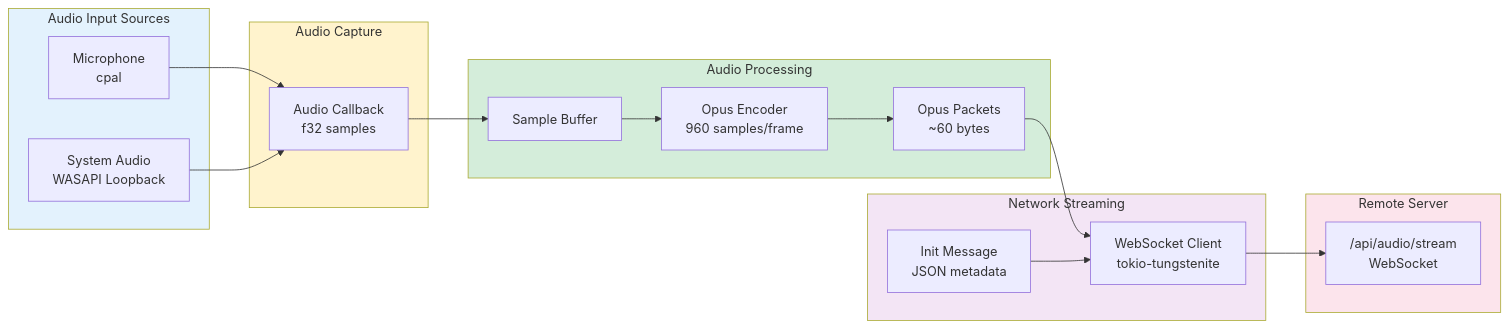
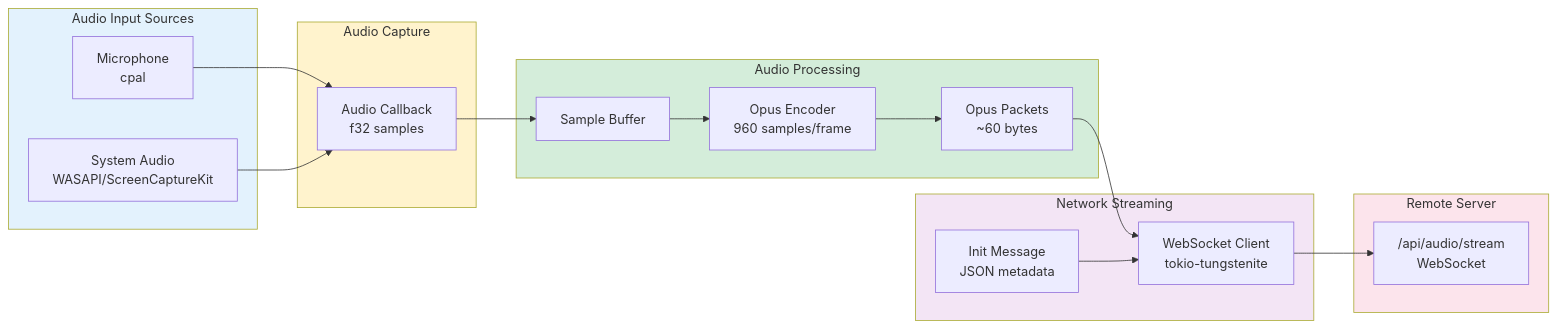
One commit to RekunDzmitry/voice_bird_desktop changed the second of 6 diagrams in DEPENDENCIES.md. Above: the diagram before and after it, drawn with Mermaid. The commit also changed other lines of this file, not shown here.

````diff
--- a/DEPENDENCIES.md
+++ b/DEPENDENCIES.md
@@ -71,41 +71,41 @@
 ```mermaid
 flowchart LR
     subgraph Input["Audio Input Sources"]
         mic[Microphone<br/>cpal]
-        sys[System Audio<br/>WASAPI Loopback]
+        sys[System Audio<br/>WASAPI/ScreenCaptureKit]
     end
 
     subgraph Capture["Audio Capture"]
         callback[Audio Callback<br/>f32 samples]
     end
 
     subgraph Processing["Audio Processing"]
         buffer[Sample Buffer]
         opus_enc[Opus Encoder<br/>960 samples/frame]
         packets[Opus Packets<br/>~60 bytes]
     end
 
     subgraph Network["Network Streaming"]
         ws[WebSocket Client<br/>tokio-tungstenite]
         json[Init Message<br/>JSON metadata]
     end
 
     subgraph Server["Remote Server"]
         endpoint["/api/audio/stream"<br/>WebSocket]
     end
 
     mic --> callback
     sys --> callback
     callback --> buffer
     buffer --> opus_enc
     opus_enc --> packets
     packets --> ws
     json --> ws
     ws --> endpoint
 
     style Input fill:#e3f2fd
     style Capture fill:#fff3cd
     style Processing fill:#d4edda
     style Network fill:#f3e5f5
     style Server fill:#fce4ec
 ```
````
